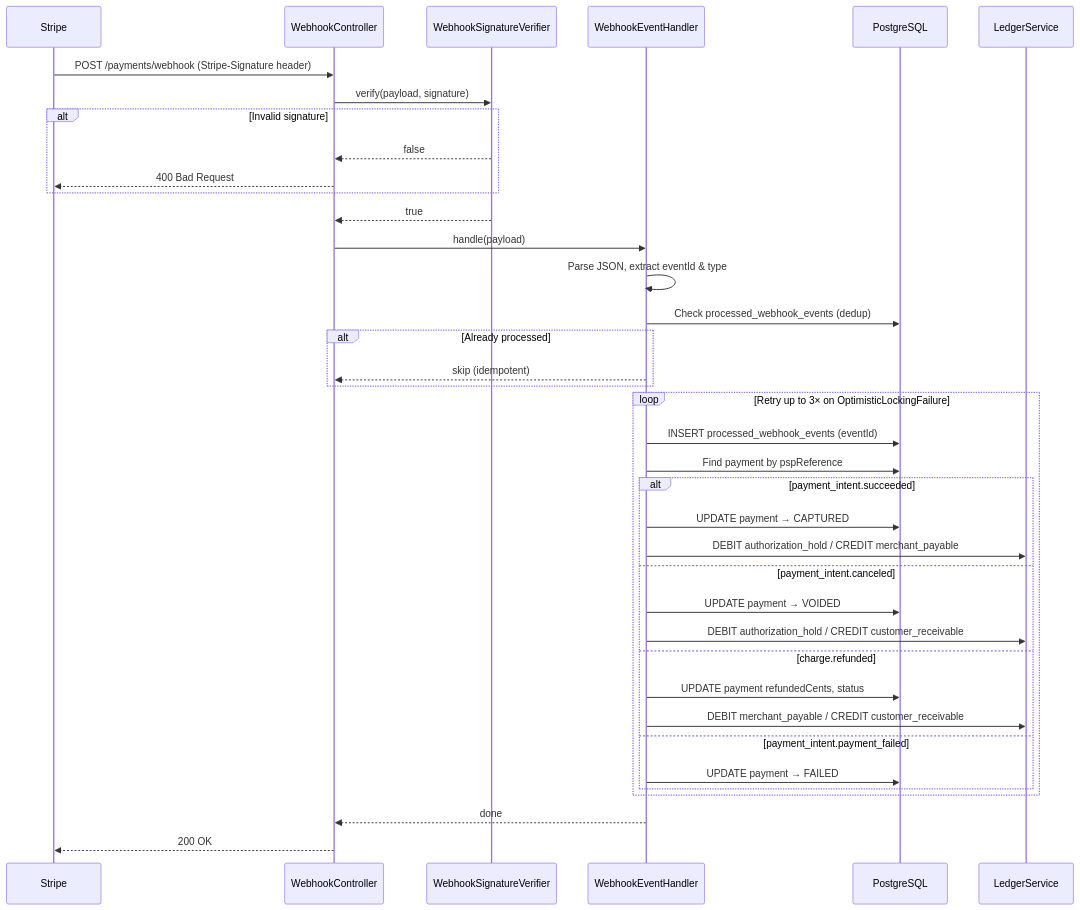
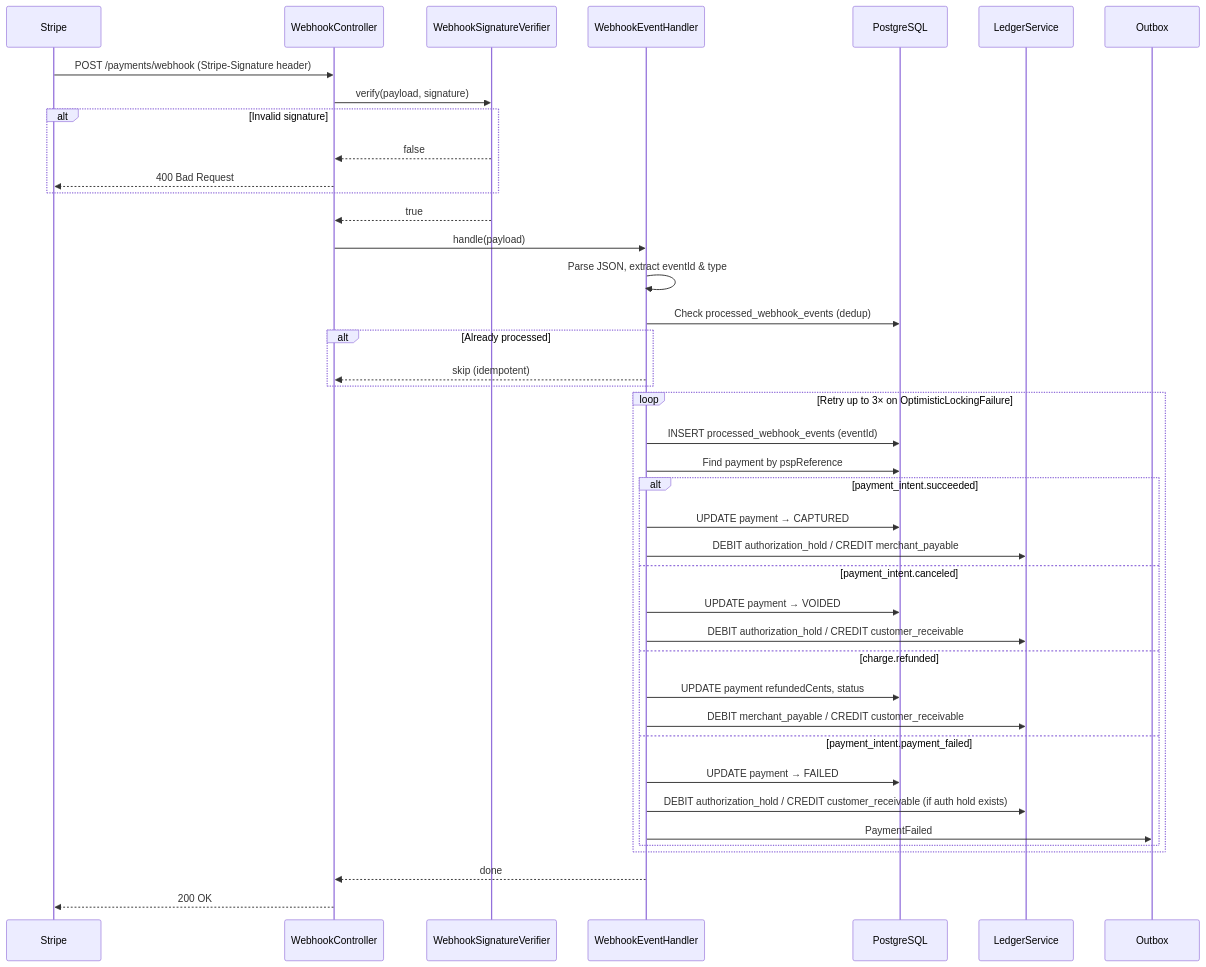
The fourth of 8 diagrams in services/payment-service/README.md (sunitakeazycommerz-a11y/InstaCommerce), drawn with Mermaid before and after one commit. The commit also changed other lines of this file and 8 other files, not shown here.

First line of the commit message:
fix(payment): verify failure hold release semantics

````diff
--- a/services/payment-service/README.md
+++ b/services/payment-service/README.md
@@ -157,47 +157,49 @@
 ```mermaid
 sequenceDiagram
     participant Stripe
     participant WebhookController
     participant Verifier as WebhookSignatureVerifier
     participant Handler as WebhookEventHandler
     participant DB as PostgreSQL
     participant Ledger as LedgerService
 
     Stripe->>WebhookController: POST /payments/webhook (Stripe-Signature header)
     WebhookController->>Verifier: verify(payload, signature)
 
     alt Invalid signature
         Verifier-->>WebhookController: false
         WebhookController-->>Stripe: 400 Bad Request
     end
 
     Verifier-->>WebhookController: true
     WebhookController->>Handler: handle(payload)
 
     Handler->>Handler: Parse JSON, extract eventId & type
     Handler->>DB: Check processed_webhook_events (dedup)
     alt Already processed
         Handler-->>WebhookController: skip (idempotent)
     end
 
     loop Retry up to 3× on OptimisticLockingFailure
         Handler->>DB: INSERT processed_webhook_events (eventId)
         Handler->>DB: Find payment by pspReference
 
         alt payment_intent.succeeded
             Handler->>DB: UPDATE payment → CAPTURED
             Handler->>Ledger: DEBIT authorization_hold / CREDIT merchant_payable
         else payment_intent.canceled
             Handler->>DB: UPDATE payment → VOIDED
             Handler->>Ledger: DEBIT authorization_hold / CREDIT customer_receivable
         else charge.refunded
             Handler->>DB: UPDATE payment refundedCents, status
             Handler->>Ledger: DEBIT merchant_payable / CREDIT customer_receivable
         else payment_intent.payment_failed
             Handler->>DB: UPDATE payment → FAILED
+            Handler->>Ledger: DEBIT authorization_hold / CREDIT customer_receivable (if auth hold exists)
+            Handler->>Outbox: PaymentFailed
         end
     end
 
     Handler-->>WebhookController: done
     WebhookController-->>Stripe: 200 OK
 ```
````
